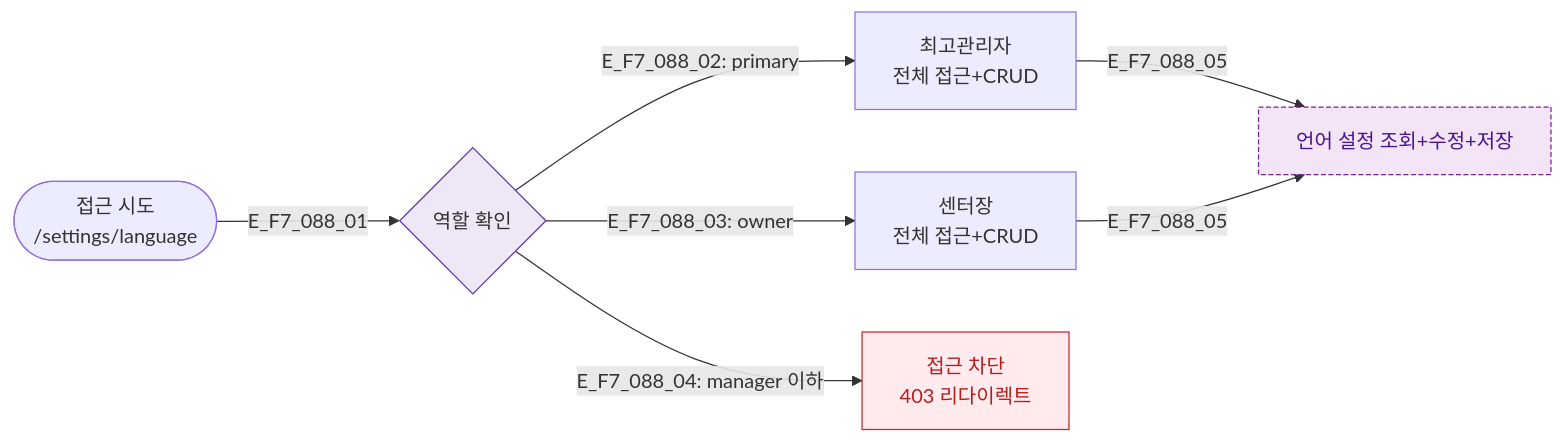
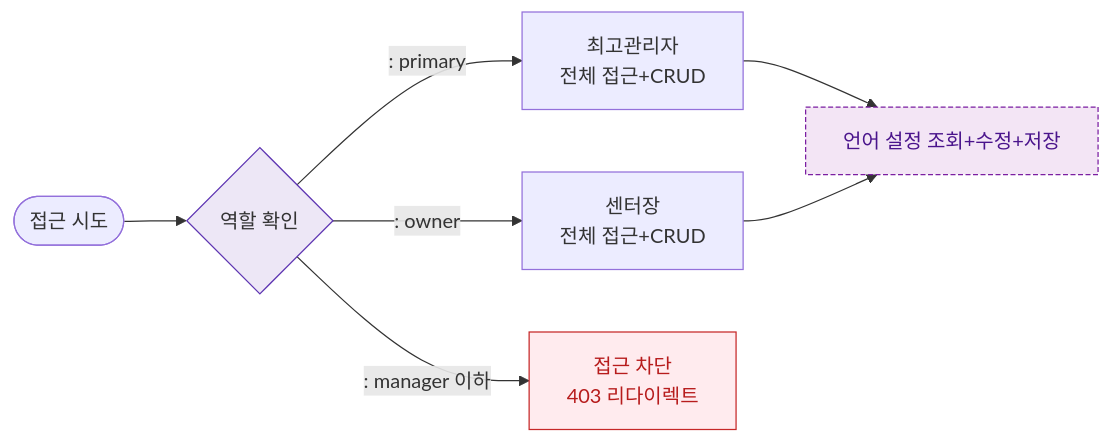
The diagram in docs/다이어그램/D09_설정관리/SCR-088_다국어설정/F7_권한RBAC.md (dev-spogym/admin-pando), drawn with Mermaid before and after one commit. The commit also changed other lines of this file and 1660 other files, not shown here.

First line of the commit message:
다이어그램: 기획자/클라이언트 납품본으로 정리

````diff
--- a/docs/다이어그램/D09_설정관리/SCR-088_다국어설정/F7_권한RBAC.md
+++ b/docs/다이어그램/D09_설정관리/SCR-088_다국어설정/F7_권한RBAC.md
@@ -14,19 +12,19 @@
 ```mermaid
 flowchart LR
-    User([접근 시도\n/settings/language])
-    User -->|E_F7_088_01| RoleCheck{역할 확인}
+    User([접근 시도\n])
+    User --> RoleCheck{역할 확인}
 
-    RoleCheck -->|"E_F7_088_02: primary"| P[최고관리자\n전체 접근+CRUD]
-    RoleCheck -->|"E_F7_088_03: owner"| O[센터장\n전체 접근+CRUD]
-    RoleCheck -->|"E_F7_088_04: manager 이하"| Blocked[접근 차단\n403 리다이렉트]
+    RoleCheck -->|": primary"|P[최고관리자\n전체 접근+CRUD]
+    RoleCheck -->|": owner"|O[센터장\n전체 접근+CRUD]
+    RoleCheck -->|": manager 이하"|Blocked[접근 차단\n403 리다이렉트]
 
-    P & O -->|E_F7_088_05| FullAccess[언어 설정 조회+수정+저장]
+    P & O --> FullAccess[언어 설정 조회+수정+저장]
 
     classDef screen fill:#E3F2FD,stroke:#1976D2,color:#0D47A1
     classDef newFeature fill:#F3E5F5,stroke:#7B1FA2,color:#4A148C,stroke-dasharray:4 2
     classDef error fill:#FFEBEE,stroke:#C62828,color:#B71C1C
     classDef system fill:#EDE7F6,stroke:#5E35B2
     class FullAccess newFeature
     class Blocked error
     class RoleCheck system
 ```
````
